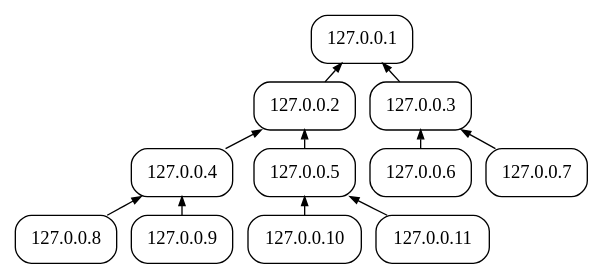
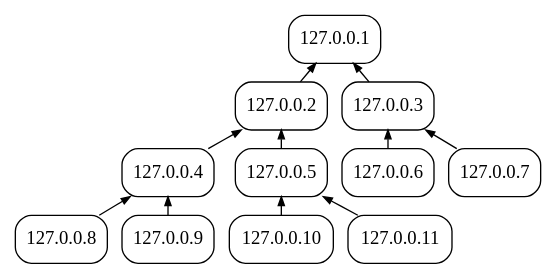
One commit to igankevich/arma-thesis changed the third of 3 diagrams in phd-diss.org. Above: the diagram before and after it, drawn with Graphviz. The commit also changed other lines of this file and 4 other files, not shown here.

```diff
--- a/phd-diss.org
+++ b/phd-diss.org
@@ -2463,31 +2477,31 @@
 #+begin_src dot :exports results :file build/tree-hierarchy-11.pdf
 digraph {
 
-  node [fontsize=14,margin="0.055,0",shape=box,style=rounded]
+  node [fontname="Old Standard",fontsize=14,margin="0.055,0",shape=box,style=rounded]
   graph [nodesep="0.15",ranksep="0.20",rankdir="BT"]
   edge [arrowsize=0.66]
 
   m1 [label="127.0.0.1"]
   m2 [label="127.0.0.2"]
   m3 [label="127.0.0.3"]
   m4 [label="127.0.0.4"]
   m5 [label="127.0.0.5"]
   m6 [label="127.0.0.6"]
   m7 [label="127.0.0.7"]
   m8 [label="127.0.0.8"]
   m9 [label="127.0.0.9"]
   m10 [label="127.0.0.10"]
   m11 [label="127.0.0.11"]
 
   m2->m1
   m3->m1
   m4->m2
   m5->m2
   m6->m3
   m7->m3
   m8->m4
   m9->m4
   m10->m5
   m11->m5
 }
 #+end_src
```
